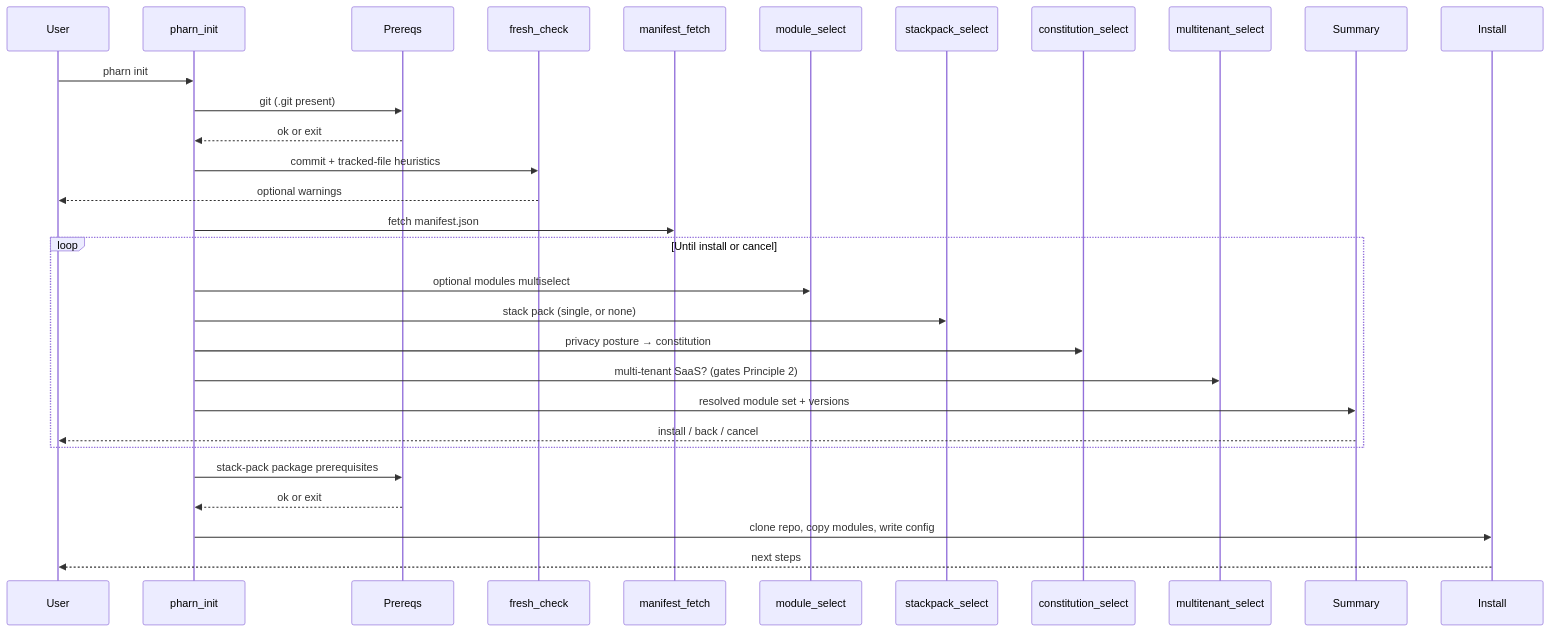
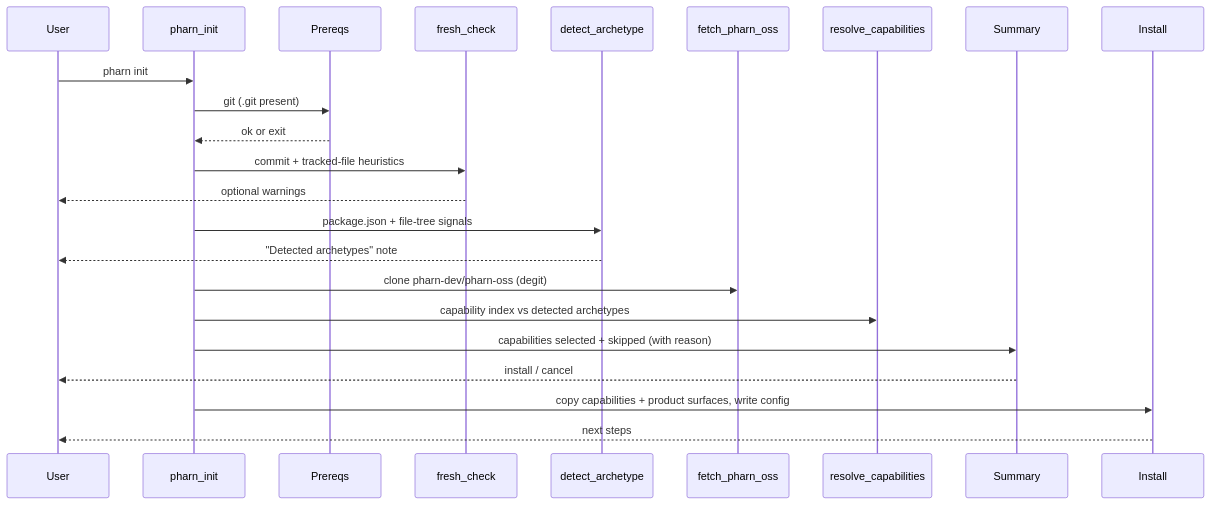
One commit to pharn-dev/pharn-cli changed the diagram in docs/commands/init.md. Above: the diagram before and after it, drawn with Mermaid. The commit also changed other lines of this file and 90 other files, not shown here.

First line of the commit message:
feat: make archetype detection the default init flow (#32)

````diff
--- a/docs/commands/init.md
+++ b/docs/commands/init.md
@@ -13,33 +17,26 @@
 ```mermaid
 sequenceDiagram
   participant User
   participant CLI as pharn_init
   participant Prereqs
   participant Fresh as fresh_check
-  participant Catalog as manifest_fetch
-  participant Modules as module_select
-  participant Stack as stackpack_select
-  participant Const as constitution_select
-  participant Tenant as multitenant_select
+  participant Detect as detect_archetype
+  participant Fetch as fetch_pharn_oss
+  participant Resolve as resolve_capabilities
   participant Summary
   participant Install
 
   User->>CLI: pharn init
   CLI->>Prereqs: git (.git present)
   Prereqs-->>CLI: ok or exit
   CLI->>Fresh: commit + tracked-file heuristics
   Fresh-->>User: optional warnings
-  CLI->>Catalog: fetch manifest.json
-  loop Until install or cancel
-    CLI->>Modules: optional modules multiselect
-    CLI->>Stack: stack pack (single, or none)
-    CLI->>Const: privacy posture → constitution
-    CLI->>Tenant: multi-tenant SaaS? (gates Principle 2)
-    CLI->>Summary: resolved module set + versions
-    Summary-->>User: install / back / cancel
-  end
-  CLI->>Prereqs: stack-pack package prerequisites
-  Prereqs-->>CLI: ok or exit
-  CLI->>Install: clone repo, copy modules, write config
+  CLI->>Detect: package.json + file-tree signals
+  Detect-->>User: "Detected archetypes" note
+  CLI->>Fetch: clone pharn-dev/pharn-oss (degit)
+  CLI->>Resolve: capability index vs detected archetypes
+  CLI->>Summary: capabilities selected + skipped (with reason)
+  Summary-->>User: install / cancel
+  CLI->>Install: copy capabilities + product surfaces, write config
   Install-->>User: next steps
 ```
````
